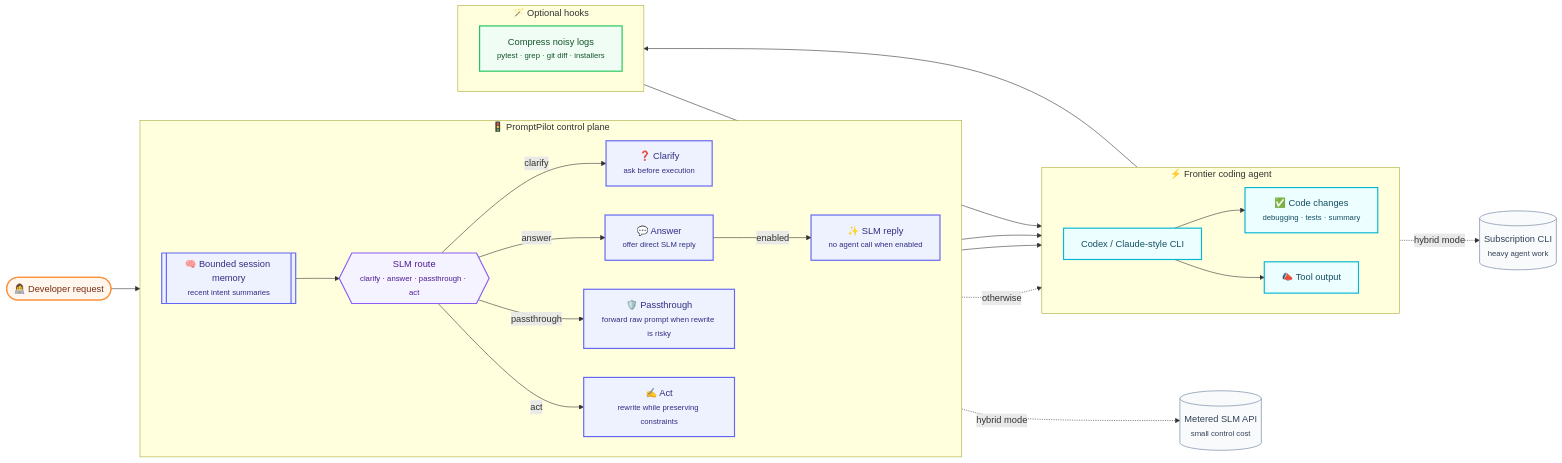
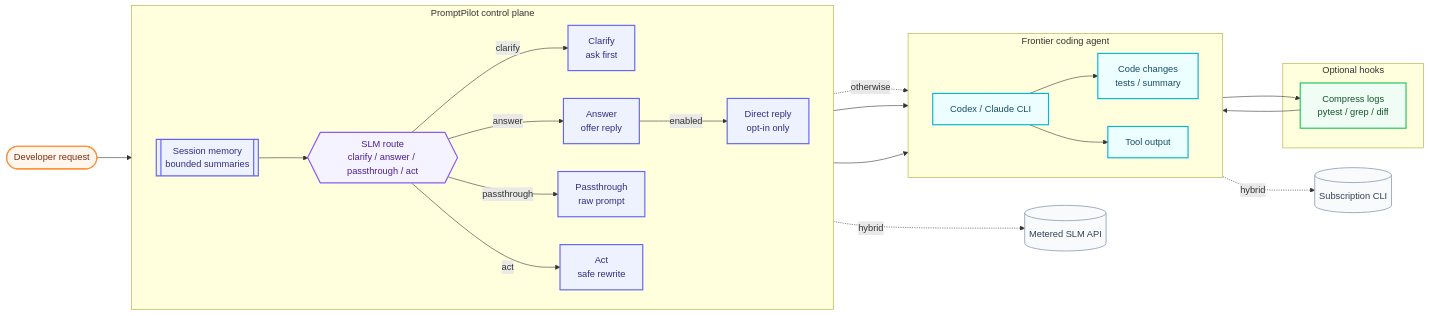
Before and after one commit to steyangdot/PromptPilot: the diagram in README.md, drawn with Mermaid. The commit also changed other lines of this file, not shown here.

Commit message:
Update README mermaid diagram and clarify SLM `answer` routing behavior (#21)
* docs: fix README workflow diagram clipping

* docs: note README diagram clipping guard

````diff
--- a/README.md
+++ b/README.md
@@ -17,55 +17,54 @@
 ```mermaid
+%%{init: {"flowchart": {"curve": "basis", "nodeSpacing": 48, "rankSpacing": 60}}}%%
 flowchart LR
-  U(["👩‍💻 Developer request"])
+  U([Developer request])
 
-  subgraph PP["🚦 PromptPilot control plane"]
+  subgraph PP["PromptPilot control plane"]
     direction LR
-    M[["🧠 Bounded session memory<br/><small>recent intent summaries</small>"]]
-    C{{"SLM route<br/><small>clarify · answer · passthrough · act</small>"}}
-    Q["❓ Clarify<br/><small>ask before execution</small>"]
-    A["💬 Answer<br/><small>offer direct SLM reply</small>"]
-    S["✨ SLM reply<br/><small>no agent call when enabled</small>"]
-    P["🛡️ Passthrough<br/><small>forward raw prompt when rewrite is risky</small>"]
-    R["✍️ Act<br/><small>rewrite while preserving constraints</small>"]
+    M[["Session memory<br/>bounded summaries"]]
+    C{{"SLM route<br/>clarify / answer / passthrough / act"}}
+    Q["Clarify<br/>ask first"]
+    A["Answer<br/>offer reply"]
+    D["Direct reply<br/>opt-in only"]
+    P["Passthrough<br/>raw prompt"]
+    R["Act<br/>safe rewrite"]
   end
 
-  subgraph AGENT["⚡ Frontier coding agent"]
+  subgraph AG["Frontier coding agent"]
     direction LR
-    F["Codex / Claude-style CLI"]
-    O["✅ Code changes<br/><small>debugging · tests · summary</small>"]
-    T["📣 Tool output"]
+    F["Codex / Claude CLI"]
+    O["Code changes<br/>tests / summary"]
+    T["Tool output"]
   end
 
-  subgraph HOOKS["🪄 Optional hooks"]
-    direction LR
-    H["Compress noisy logs<br/><small>pytest · grep · git diff · installers</small>"]
+  subgraph HK["Optional hooks"]
+    H["Compress logs<br/>pytest / grep / diff"]
   end
 
   U --> M --> C
   C -->|clarify| Q
   C -->|answer| A
-  A -->|enabled| S
+  A -->|enabled| D
   A -.->|otherwise| F
   C -->|passthrough| P --> F
   C -->|act| R --> F
   F --> O
   F --> T --> H --> F
 
-  C -. "hybrid mode" .-> API[("Metered SLM API<br/><small>small control cost</small>")]
-  F -. "hybrid mode" .-> SUB[("Subscription CLI<br/><small>heavy agent work</small>")]
+  C -. "hybrid" .-> API[("Metered SLM API")]
+  F -. "hybrid" .-> SUB[("Subscription CLI")]
 
-  classDef user fill:#fff7ed,stroke:#fb923c,stroke-width:2px,color:#7c2d12;
+  classDef entry fill:#fff7ed,stroke:#fb923c,stroke-width:2px,color:#7c2d12;
   classDef control fill:#eef2ff,stroke:#6366f1,stroke-width:2px,color:#312e81;
   classDef route fill:#f5f3ff,stroke:#8b5cf6,stroke-width:2px,color:#4c1d95;
   classDef agent fill:#ecfeff,stroke:#06b6d4,stroke-width:2px,color:#164e63;
   classDef hook fill:#f0fdf4,stroke:#22c55e,stroke-width:2px,color:#14532d;
   classDef infra fill:#f8fafc,stroke:#94a3b8,stroke-width:1.5px,color:#334155;
 
-  class U user;
-  class M control;
+  class U entry;
+  class M,Q,A,D,P,R control;
   class C route;
-  class Q,A,S,P,R control;
   class F,O,T agent;
   class H hook;
   class API,SUB infra;
 ```
````
